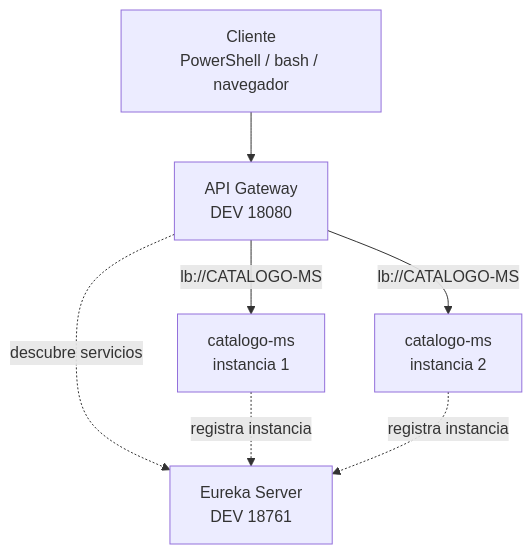
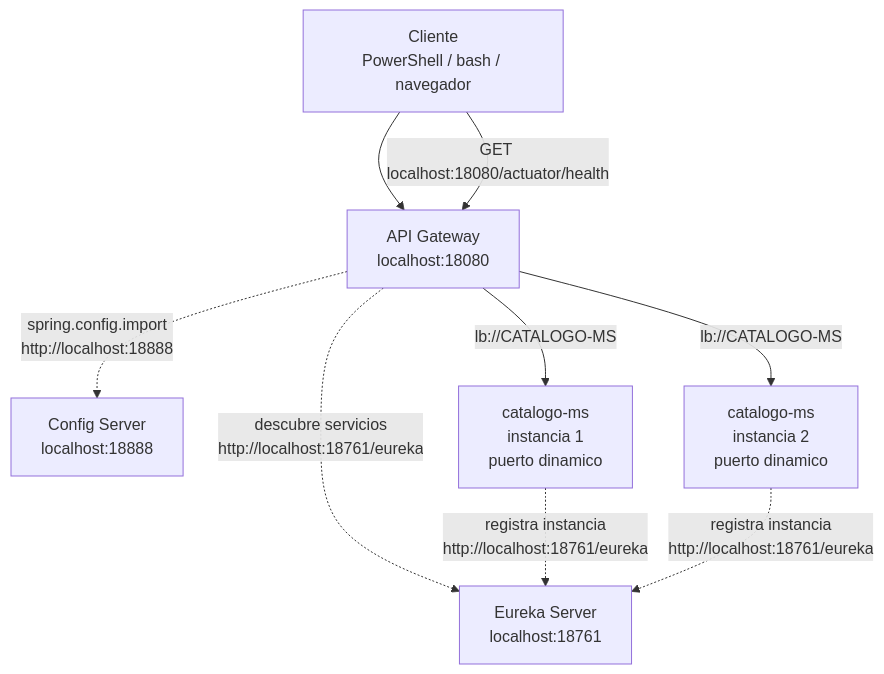
The second of 3 diagrams in docs/sesiones/s04-gateway-load-balancer.md (261dist/ecom), drawn with Mermaid before and after one commit. The commit also changed other lines of this file and 11 other files, not shown here.

````diff
--- a/docs/sesiones/s04-gateway-load-balancer.md
+++ b/docs/sesiones/s04-gateway-load-balancer.md
@@ -48,15 +77,18 @@
 ```mermaid
 flowchart TB
     Cliente["Cliente<br/>PowerShell / bash / navegador"]
-    Gateway["API Gateway<br/>DEV 18080"]
-    Eureka["Eureka Server<br/>DEV 18761"]
-    Catalogo1["catalogo-ms<br/>instancia 1"]
-    Catalogo2["catalogo-ms<br/>instancia 2"]
+    Config["Config Server<br/>localhost:18888"]
+    Gateway["API Gateway<br/>localhost:18080"]
+    Eureka["Eureka Server<br/>localhost:18761"]
+    Catalogo1["catalogo-ms<br/>instancia 1<br/>puerto dinamico"]
+    Catalogo2["catalogo-ms<br/>instancia 2<br/>puerto dinamico"]
 
     Cliente --> Gateway
-    Gateway -. descubre servicios .-> Eureka
-    Catalogo1 -. registra instancia .-> Eureka
-    Catalogo2 -. registra instancia .-> Eureka
+    Cliente -->|"GET localhost:18080/actuator/health"| Gateway
+    Gateway -. "spring.config.import<br/>http://localhost:18888" .-> Config
+    Gateway -. "descubre servicios<br/>http://localhost:18761/eureka" .-> Eureka
+    Catalogo1 -. "registra instancia<br/>http://localhost:18761/eureka" .-> Eureka
+    Catalogo2 -. "registra instancia<br/>http://localhost:18761/eureka" .-> Eureka
     Gateway -->|"lb://CATALOGO-MS"| Catalogo1
     Gateway -->|"lb://CATALOGO-MS"| Catalogo2
 ```
````
